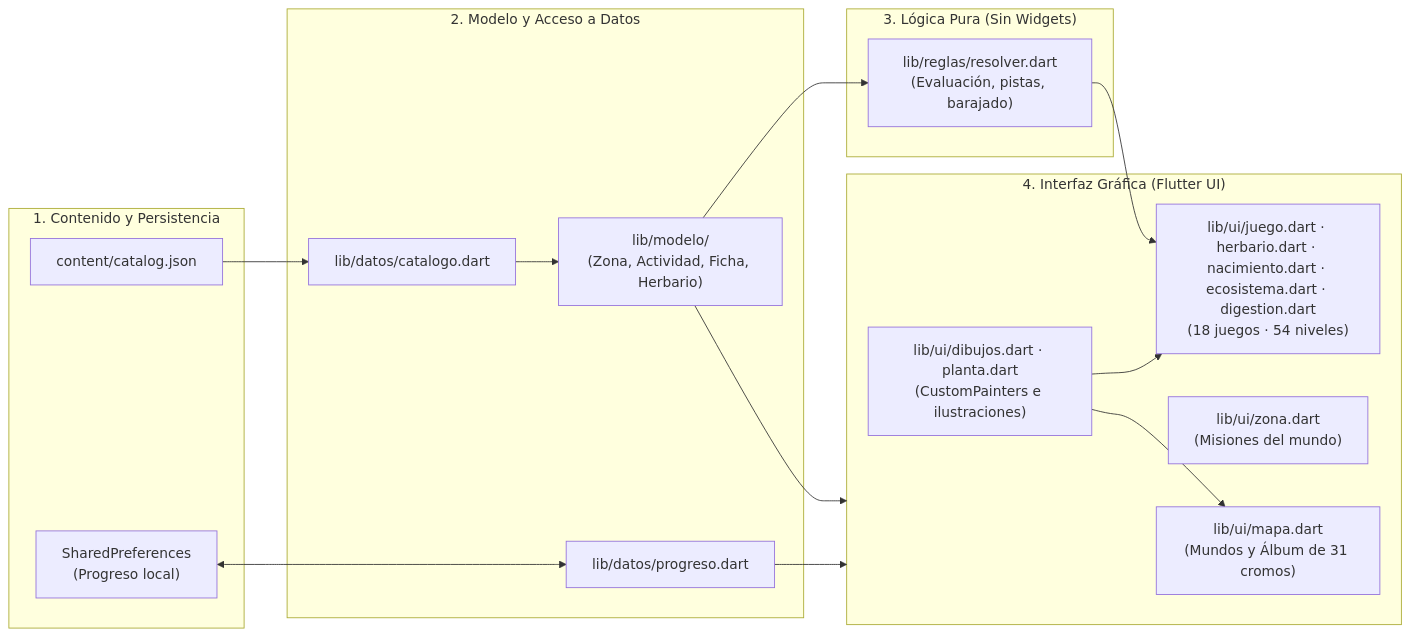
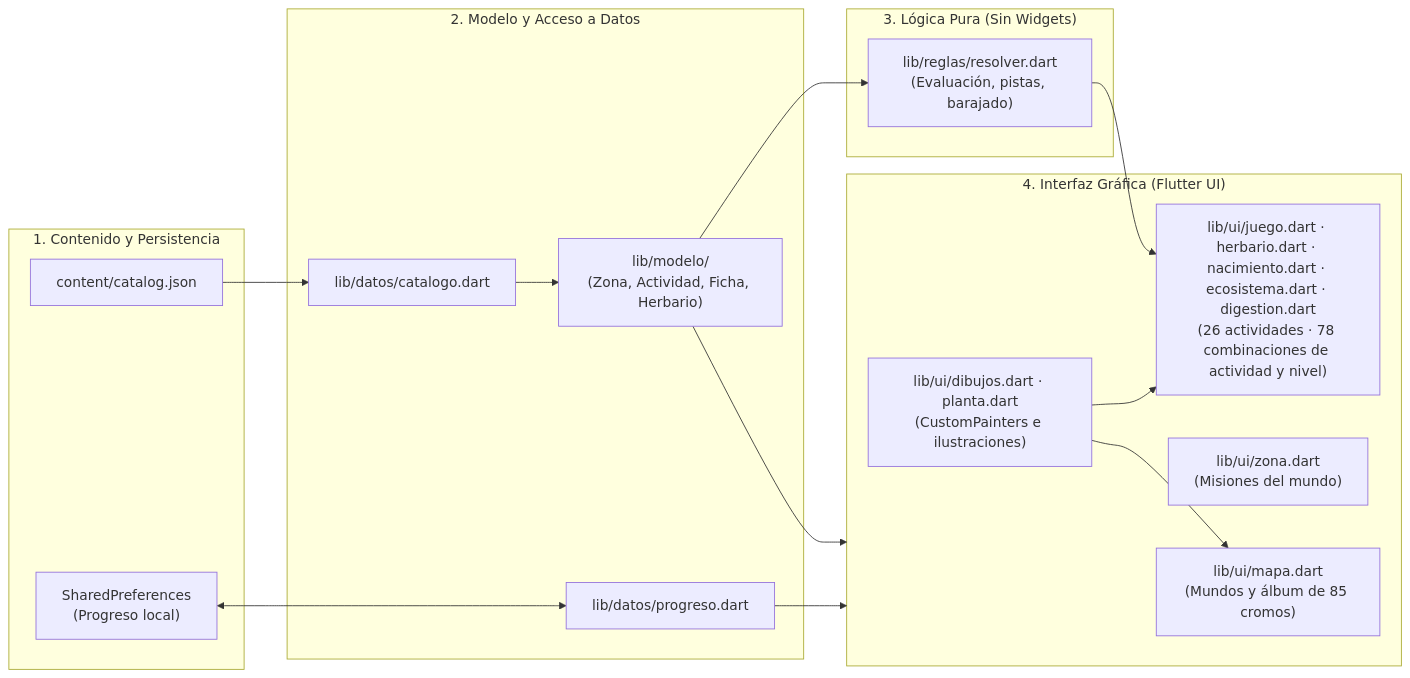
One commit to imoroc/NaturalMente changed the first of 2 diagrams in README.md. Above: the diagram before and after it, drawn with Mermaid. The commit also changed other lines of this file, not shown here.

Commit message:
Actualiza cifras y descripción de actividades

````diff
--- a/README.md
+++ b/README.md
@@ -65,34 +73,34 @@
 ```mermaid
 flowchart LR
   subgraph Datos["1. Contenido y Persistencia"]
     JSON["content/catalog.json"]
     PREFS["SharedPreferences\n(Progreso local)"]
   end
 
   subgraph Dominio["2. Modelo y Acceso a Datos"]
     CAT["lib/datos/catalogo.dart"]
     PROG["lib/datos/progreso.dart"]
     MOD["lib/modelo/\n(Zona, Actividad, Ficha, Herbario)"]
   end
 
   subgraph Reglas["3. Lógica Pura (Sin Widgets)"]
     RES["lib/reglas/resolver.dart\n(Evaluación, pistas, barajado)"]
   end
 
   subgraph Interfaz["4. Interfaz Gráfica (Flutter UI)"]
-    MAPA["lib/ui/mapa.dart\n(Mundos y Álbum de 31 cromos)"]
+    MAPA["lib/ui/mapa.dart\n(Mundos y álbum de 85 cromos)"]
     ZONA["lib/ui/zona.dart\n(Misiones del mundo)"]
-    JUEGO["lib/ui/juego.dart · herbario.dart · nacimiento.dart · ecosistema.dart · digestion.dart\n(18 juegos · 54 niveles)"]
+    JUEGO["lib/ui/juego.dart · herbario.dart · nacimiento.dart · ecosistema.dart · digestion.dart\n(26 actividades · 78 combinaciones de actividad y nivel)"]
     DIB["lib/ui/dibujos.dart · planta.dart\n(CustomPainters e ilustraciones)"]
   end
 
   JSON --> CAT
   PREFS <--> PROG
   CAT --> MOD
   MOD --> RES
   MOD --> Interfaz
   PROG --> Interfaz
   RES --> JUEGO
   DIB --> JUEGO
   DIB --> MAPA
 ```
````
